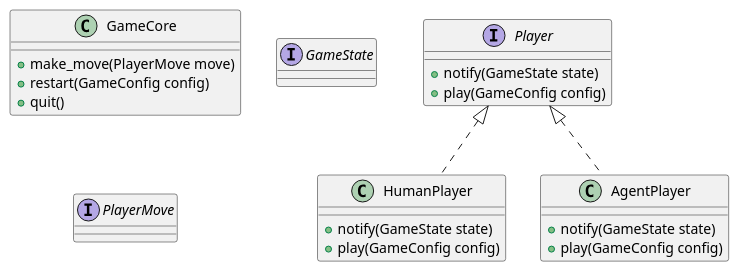
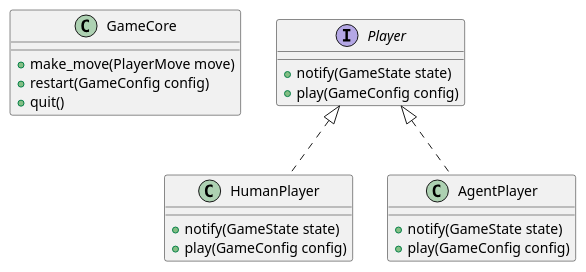
Before and after one commit to lzajka/gra-RL: the diagram in docs/source_code/index.rst, drawn with PlantUML. The commit also changed other lines of this file, not shown here.

Commit message:
Usunięto pozostałe interfejsy dla klas czysto danowych.

```diff
--- a/docs/source_code/index.rst
+++ b/docs/source_code/index.rst
@@ -20,29 +20,22 @@
 .. uml::
 
     class GameCore {
     + make_move(PlayerMove move)
     + restart(GameConfig config)
     + quit()
     }
 
     interface Player {
     + notify(GameState state)
     + play(GameConfig config)
     }
 
     class HumanPlayer implements Player {
     + notify(GameState state)
     + play(GameConfig config)
     }
 
     class AgentPlayer implements Player {
     + notify(GameState state)
     + play(GameConfig config)
-    }
-
-    interface GameState {
-
-    }
-
-    interface PlayerMove {
-    }
+    }    
```
